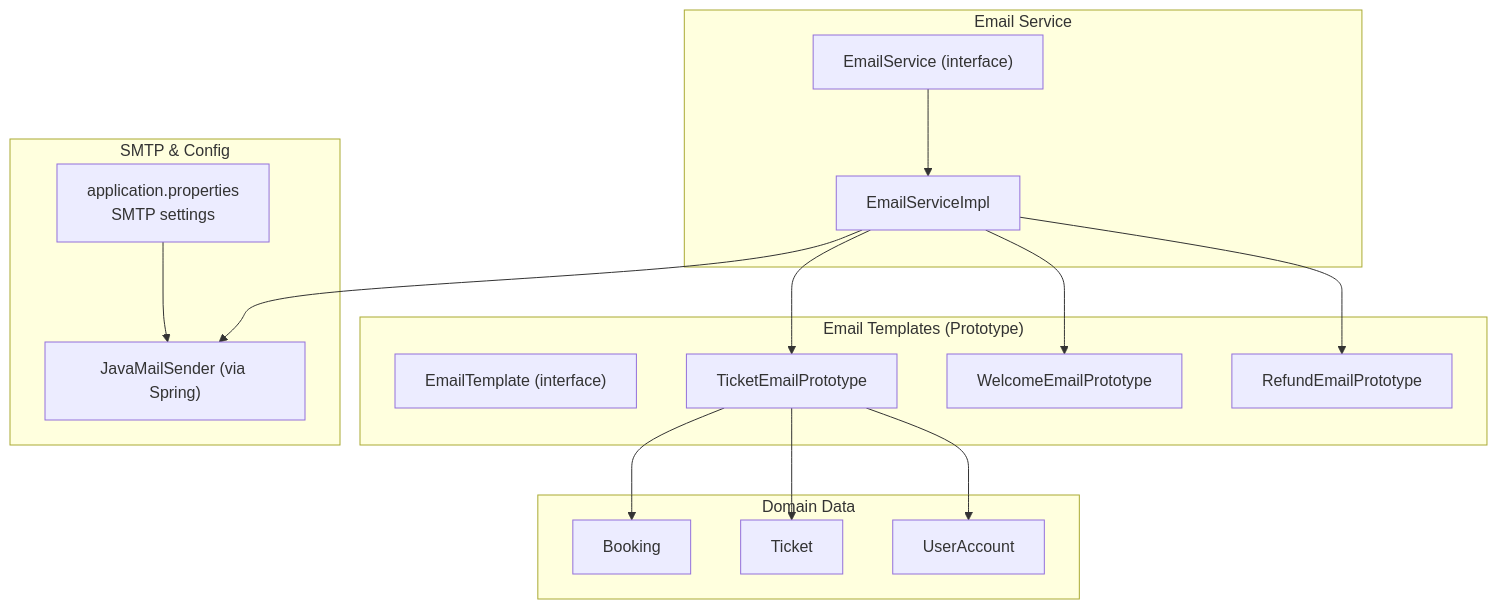
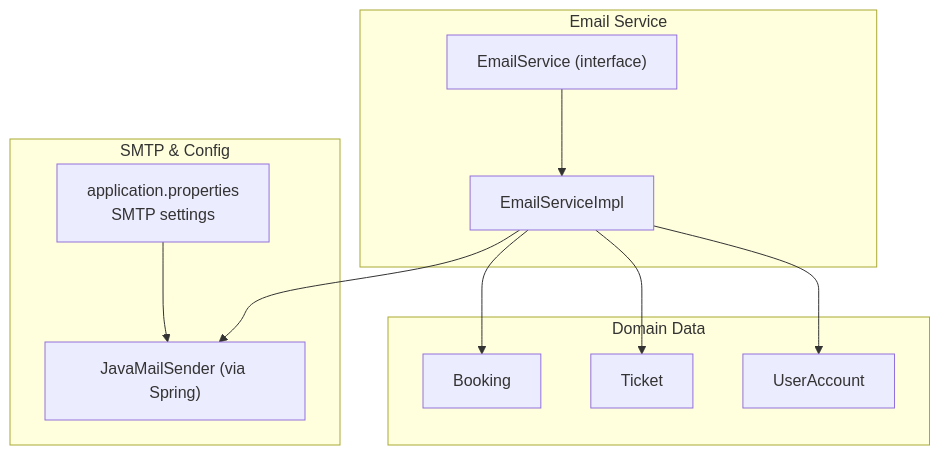
Before and after one commit to anhtudayne/Design_Pattern: the first of 5 diagrams in .qoder/repowiki/en/content/Core Features Implementation/Email Notification System.md, drawn with Mermaid. The commit also changed other lines of this file and 10 other files, not shown here.

````diff
--- a/.qoder/repowiki/en/content/Core Features Implementation/Email Notification System.md
+++ b/.qoder/repowiki/en/content/Core Features Implementation/Email Notification System.md
@@ -41,31 +45,22 @@
 ```mermaid
 graph TB
-subgraph "Email Templates (Prototype)"
-ET["EmailTemplate (interface)"]
-TEP["TicketEmailPrototype"]
-WEP["WelcomeEmailPrototype"]
-REP["RefundEmailPrototype"]
-end
 subgraph "Email Service"
 ESvc["EmailServiceImpl"]
 EInt["EmailService (interface)"]
 end
 subgraph "SMTP & Config"
 SMTP["JavaMailSender (via Spring)"]
 CFG["application.properties<br/>SMTP settings"]
 end
 subgraph "Domain Data"
 BK["Booking"]
 TK["Ticket"]
 USR["UserAccount"]
 end
 EInt --> ESvc
-ESvc --> TEP
-ESvc --> WEP
-ESvc --> REP
 ESvc --> SMTP
 CFG --> SMTP
-TEP --> BK
-TEP --> TK
-TEP --> USR
+ESvc --> BK
+ESvc --> TK
+ESvc --> USR
 ```
````
